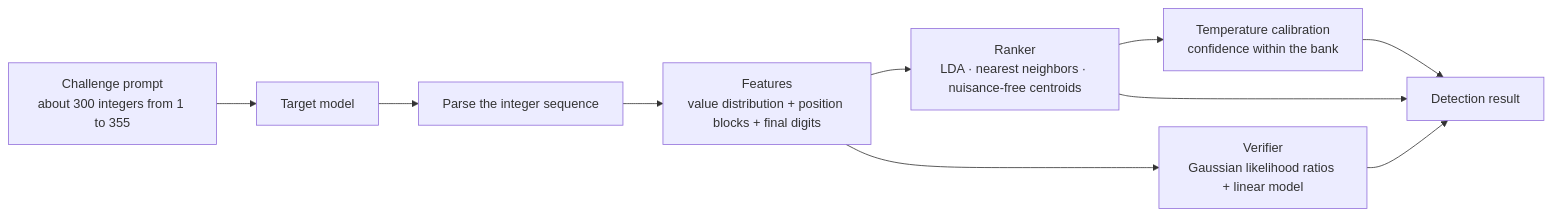
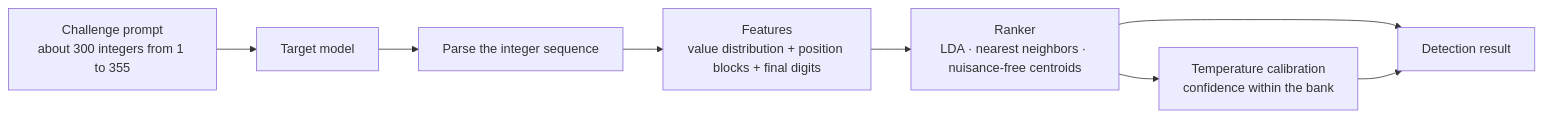
One commit to Alice39s/lm-detector changed the diagram in docs/content/docs/principles/index.en.mdx. Above: the diagram before and after it, drawn with Mermaid. The commit also changed other lines of this file and 1445 other files, not shown here.

````diff
--- a/docs/content/docs/principles/index.en.mdx
+++ b/docs/content/docs/principles/index.en.mdx
@@ -7,12 +7,10 @@
 ```mermaid
 flowchart LR
     A["Challenge prompt<br/>about 300 integers from 1 to 355"] --> B["Target model"]
     B --> C["Parse the integer sequence"]
     C --> D["Features<br/>value distribution + position blocks + final digits"]
     D --> E["Ranker<br/>LDA · nearest neighbors · nuisance-free centroids"]
-    D --> F["Verifier<br/>Gaussian likelihood ratios + linear model"]
     E --> G["Temperature calibration<br/>confidence within the bank"]
     E --> H["Detection result"]
-    F --> H
     G --> H
 ```
````
